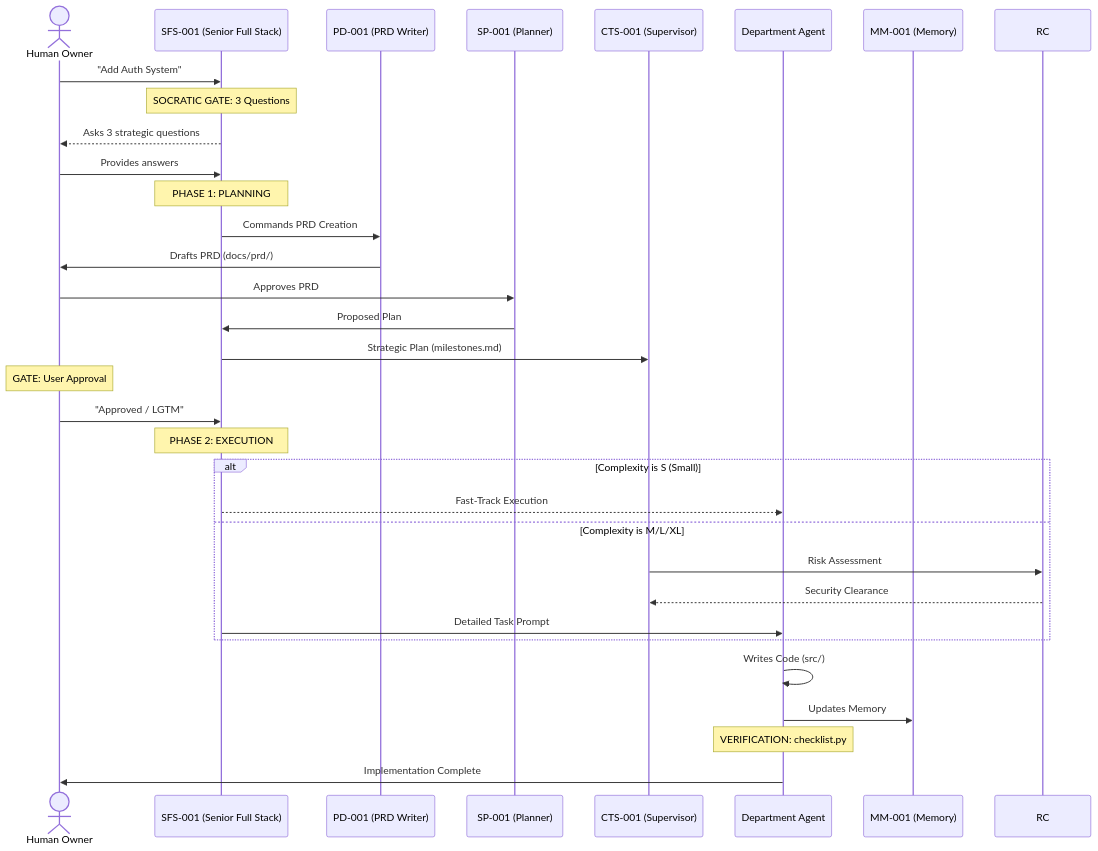
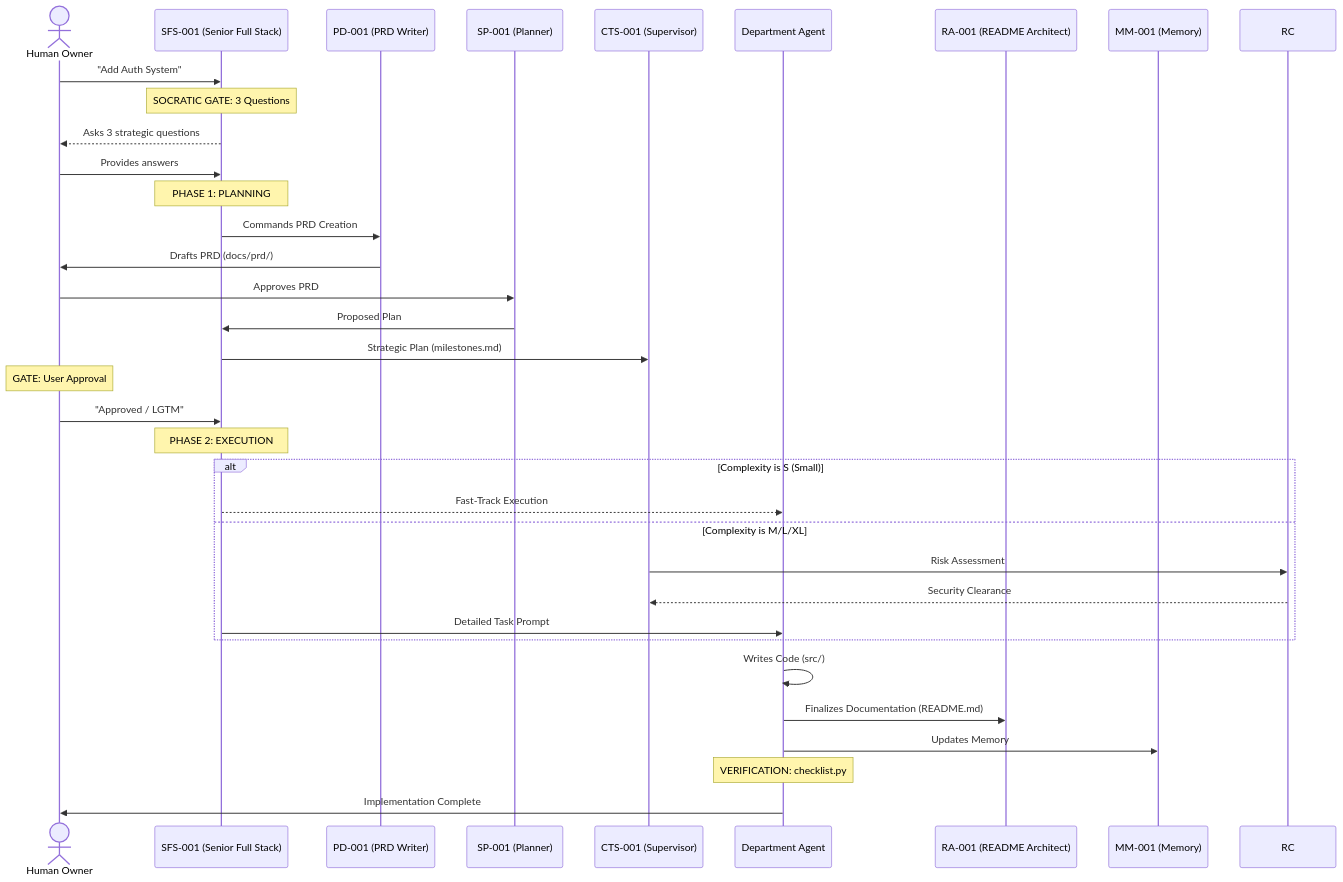
The second of 3 diagrams in README.md (Ab-aswini/Agent-kit-P1), drawn with Mermaid before and after one commit. The commit also changed other lines of this file and 1 other file, not shown here.

Commit message:
feat: Integrated RA-001 README Architect and scaled framework to 53 agents

````diff
--- a/README.md
+++ b/README.md
@@ -140,39 +140,41 @@
 ```mermaid
 sequenceDiagram
   actor Dev as Human Owner
   participant SFS as SFS-001 (Senior Full Stack)
   participant PD as PD-001 (PRD Writer)
   participant SP as SP-001 (Planner)
   participant CTS as CTS-001 (Supervisor)
   participant ENG as Department Agent
+  participant RA as RA-001 (README Architect)
   participant MM as MM-001 (Memory)
 
   Dev->>SFS: "Add Auth System"
   Note over SFS: SOCRATIC GATE: 3 Questions
   SFS-->>Dev: Asks 3 strategic questions
   Dev->>SFS: Provides answers
   
   Note over SFS: PHASE 1: PLANNING
   SFS->>PD: Commands PRD Creation
   PD->>Dev: Drafts PRD (docs/prd/)
   Dev->>SP: Approves PRD
   SP->>SFS: Proposed Plan
   SFS->>CTS: Strategic Plan (milestones.md)
   
   Note over Dev: GATE: User Approval
   Dev->>SFS: "Approved / LGTM"
 
   Note over SFS: PHASE 2: EXECUTION
   alt Complexity is S (Small)
     SFS-->>ENG: Fast-Track Execution
   else Complexity is M/L/XL
     CTS->>RC: Risk Assessment
     RC-->>CTS: Security Clearance
     SFS->>ENG: Detailed Task Prompt
   end
 
   ENG->>ENG: Writes Code (src/)
+  ENG->>RA: Finalizes Documentation (README.md)
   ENG->>MM: Updates Memory
   Note over ENG: VERIFICATION: checklist.py
   ENG->>Dev: Implementation Complete
 ```
````
